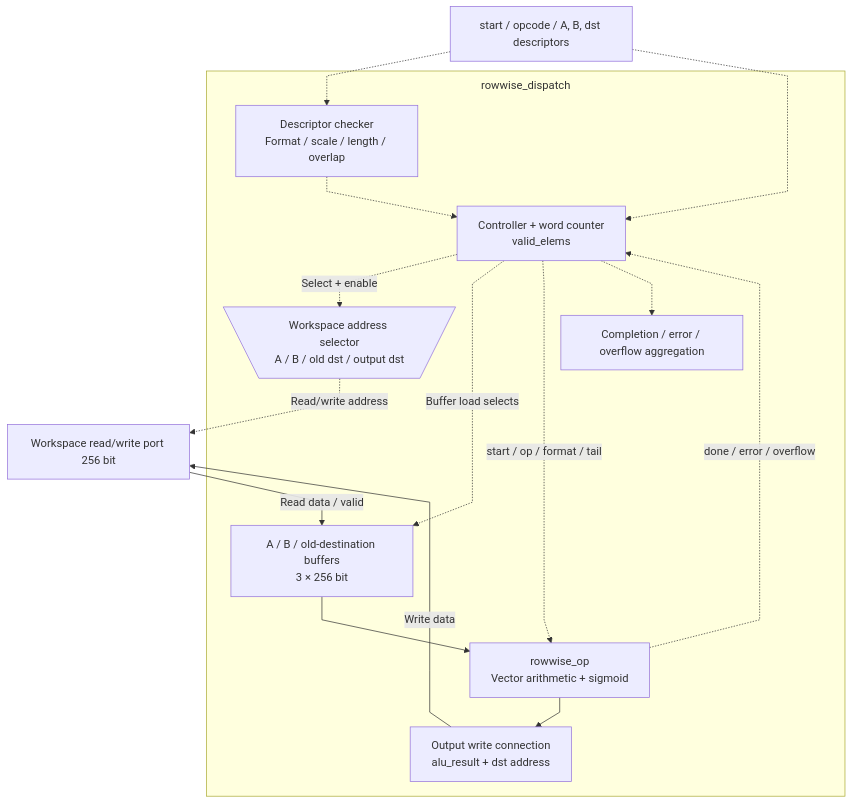
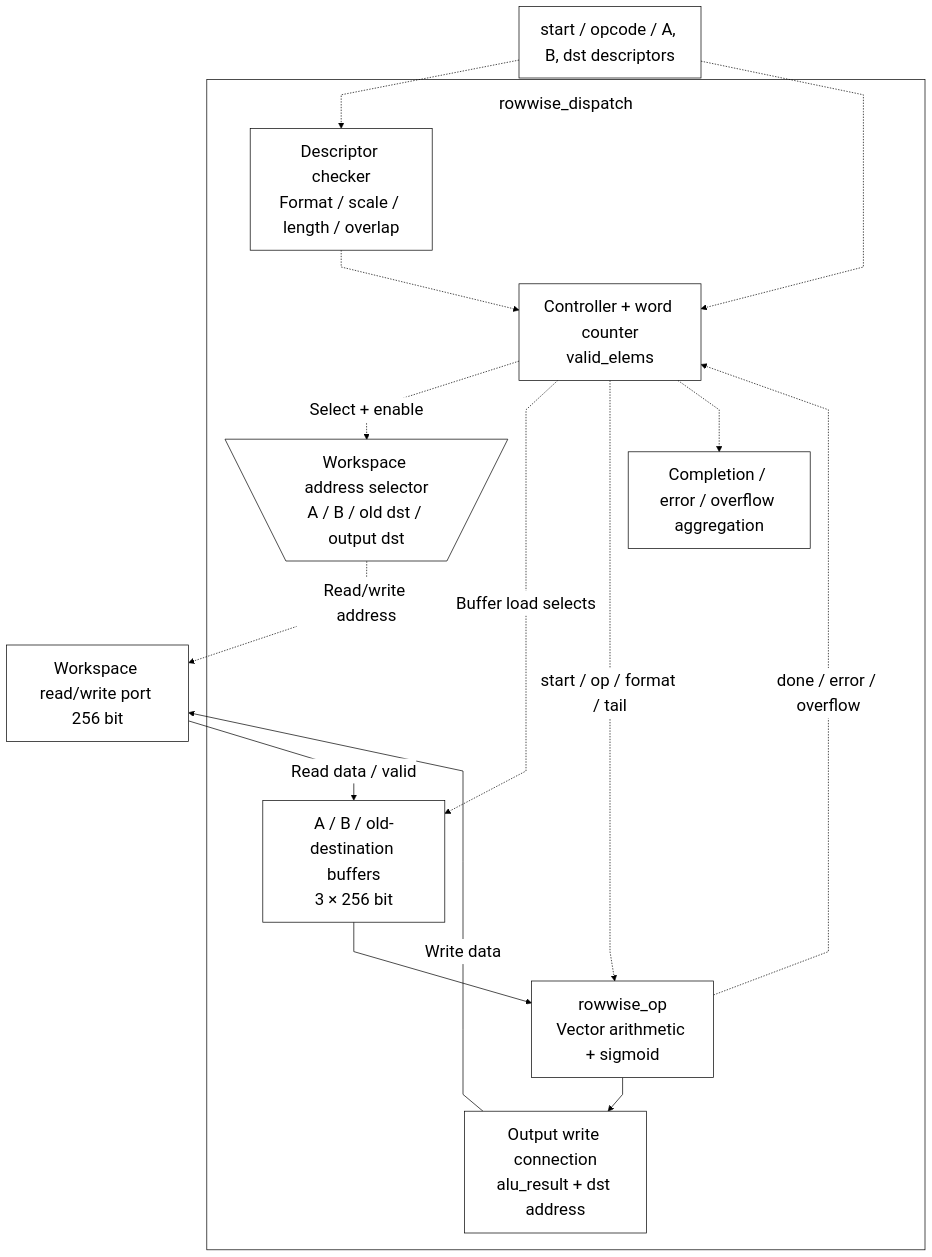
One commit to nguyennhutkhanhtom/NPU changed the first of 2 diagrams in docs/source_guide/blocks/rowwise_dispatch.sv.md. Above: the diagram before and after it, drawn with Mermaid. The commit also changed other lines of this file and 102 other files, not shown here.

First line of the commit message:
docs: refresh guides and source-grounded RTL diagrams

````diff
--- a/docs/source_guide/blocks/rowwise_dispatch.sv.md
+++ b/docs/source_guide/blocks/rowwise_dispatch.sv.md
@@ -15,28 +15,30 @@
 ```mermaid
+%%{init: {"theme":"base","fontFamily":"Arial, sans-serif","themeVariables":{"fontSize":"24px","primaryColor":"#ffffff","primaryTextColor":"#000000","primaryBorderColor":"#000000","secondaryColor":"#ffffff","tertiaryColor":"#ffffff","lineColor":"#000000","textColor":"#000000","mainBkg":"#ffffff","nodeBorder":"#000000","clusterBkg":"#ffffff","clusterBorder":"#000000","edgeLabelBackground":"#ffffff"},"flowchart":{"htmlLabels":true,"useMaxWidth":false,"nodeSpacing":32,"rankSpacing":48,"curve":"linear","subGraphTitleMargin":{"top":16,"bottom":30}}}}%%
 flowchart TB
-%%{init: {"flowchart": {"subGraphTitleMargin": {"top": 8, "bottom": 20}, "nodeSpacing": 28, "rankSpacing": 42, "curve": "linear"}}}%%
-    CFG["start / opcode / A, B, dst descriptors"]
+CFG["start / opcode / A, B, dst descriptors"]
     WS["Workspace read/write port 256 bit"]
     subgraph DISPATCH["rowwise_dispatch"]
         CHECK["Descriptor checker<br/>Format / scale / length / overlap"]
         CTRL["Controller + word counter<br/>valid_elems"]
         ADDR@{ shape: trap-t, label: "Workspace address selector<br/>A / B / old dst / output dst" }
         BUF["A / B / old-destination buffers<br/>3 × 256 bit"]
         ALU["rowwise_op<br/>Vector arithmetic + sigmoid"]
         WRITE["Output write connection<br/>alu_result + dst address"]
         STATUS["Completion / error / overflow aggregation"]
     end
     CFG -.-> CHECK
     CFG -.-> CTRL
     CHECK -.-> CTRL
     CTRL -.->|"Select + enable"| ADDR
     ADDR -.->|"Read/write address"| WS
     WS -->|"Read data / valid"| BUF
     CTRL -.->|"Buffer load selects"| BUF
     BUF --> ALU
     CTRL -.->|"start / op / format / tail"| ALU
     ALU -.->|"done / error / overflow"| CTRL
     ALU --> WRITE
     WRITE -->|"Write data"| WS
     CTRL -.-> STATUS
+    classDef default fill:white,stroke:black,color:black,font-size:24px;
+    linkStyle default stroke:black,color:black;
 ```
````
